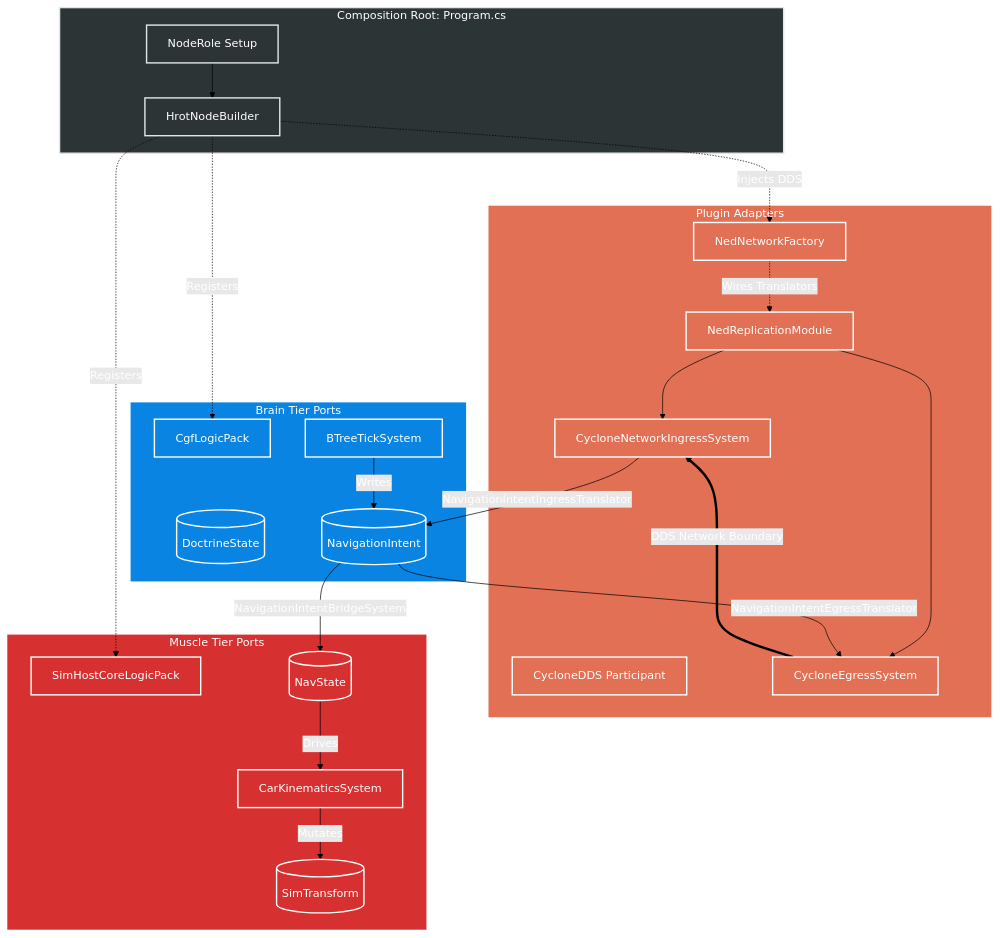
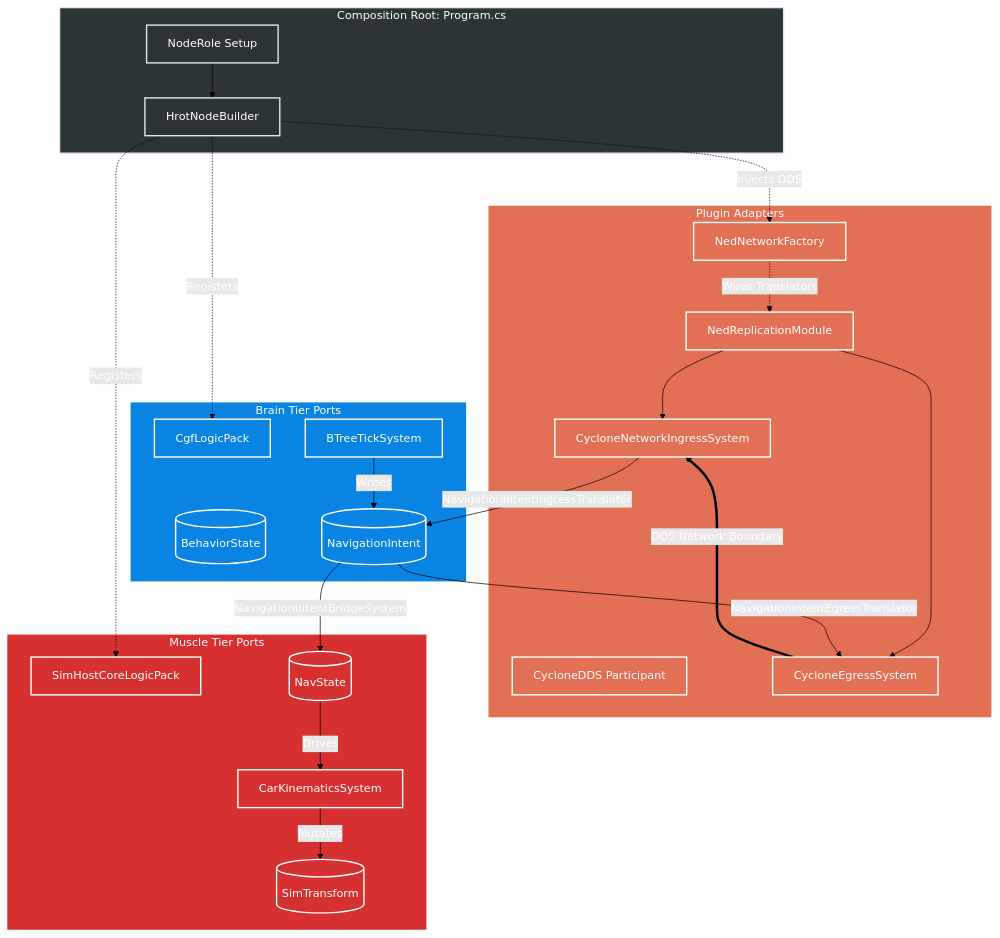
The diagram in .dev/_DONE/net-demo-2/requirements.md (pjanec/HROT), drawn with Mermaid (forest theme) before and after one commit. The commit also changed other lines of this file and 421 other files, not shown here.

Commit message:
refac: renamed doctrine => behavior

````diff
--- a/.dev/_DONE/net-demo-2/requirements.md
+++ b/.dev/_DONE/net-demo-2/requirements.md
@@ -251,60 +251,60 @@
 ``` mermaid
 
 flowchart TD
     subgraph CompositionRoot [Composition Root: Program.cs]
         Builder[HrotNodeBuilder]
         Config[NodeRole Setup]
     end
 
     subgraph Adapters [Plugin Adapters]
         DDS[CycloneDDS Participant]
         Factory[NedNetworkFactory]
         RepMod[NedReplicationModule]
         Ingress[CycloneNetworkIngressSystem]
         Egress[CycloneEgressSystem]
     end
 
     subgraph Ports_Brain [Brain Tier Ports]
         Cgf[CgfLogicPack]
         BTree[BTreeTickSystem]
-        Doc[(DoctrineState)]
+        Doc[(BehaviorState)]
         NavIntent[(NavigationIntent)]
     end
 
     subgraph Ports_Muscle [Muscle Tier Ports]
         Sim[SimHostCoreLogicPack]
         Kinem[CarKinematicsSystem]
         NavState[(NavState)]
         TF[(SimTransform)]
     end
 
     %% Dependency flow
     Config --> Builder
     Builder -. Injects DDS .-> Factory
     Factory -. Wires Translators .-> RepMod
     RepMod --> Ingress & Egress
 
     Builder -. Registers .-> Cgf
     Builder -. Registers .-> Sim
 
     %% CQRS Data flow
     BTree -- Writes --> NavIntent
     NavIntent -- "NavigationIntentEgressTranslator" --> Egress
     Egress == "DDS Network Boundary" ==> Ingress
     Ingress -- "NavigationIntentIngressTranslator" --> NavIntent
 
     %% Bridge flow
     NavIntent -- "NavigationIntentBridgeSystem" --> NavState
     NavState -- Drives --> Kinem
     Kinem -- Mutates --> TF
 
     classDef root fill:#2d3436,stroke:#dfe6e9,stroke-width:2px,color:#fff
     classDef adapter fill:#e17055,stroke:#fff,stroke-width:2px,color:#fff
     classDef brain fill:#0984e3,stroke:#fff,stroke-width:2px,color:#fff
     classDef muscle fill:#d63031,stroke:#fff,stroke-width:2px,color:#fff
 
     class CompositionRoot,Builder,Config root
     class Adapters,DDS,Factory,RepMod,Ingress,Egress adapter
     class Ports_Brain,Cgf,BTree,Doc,NavIntent brain
     class Ports_Muscle,Sim,Kinem,NavState,TF muscle
 ```
````
